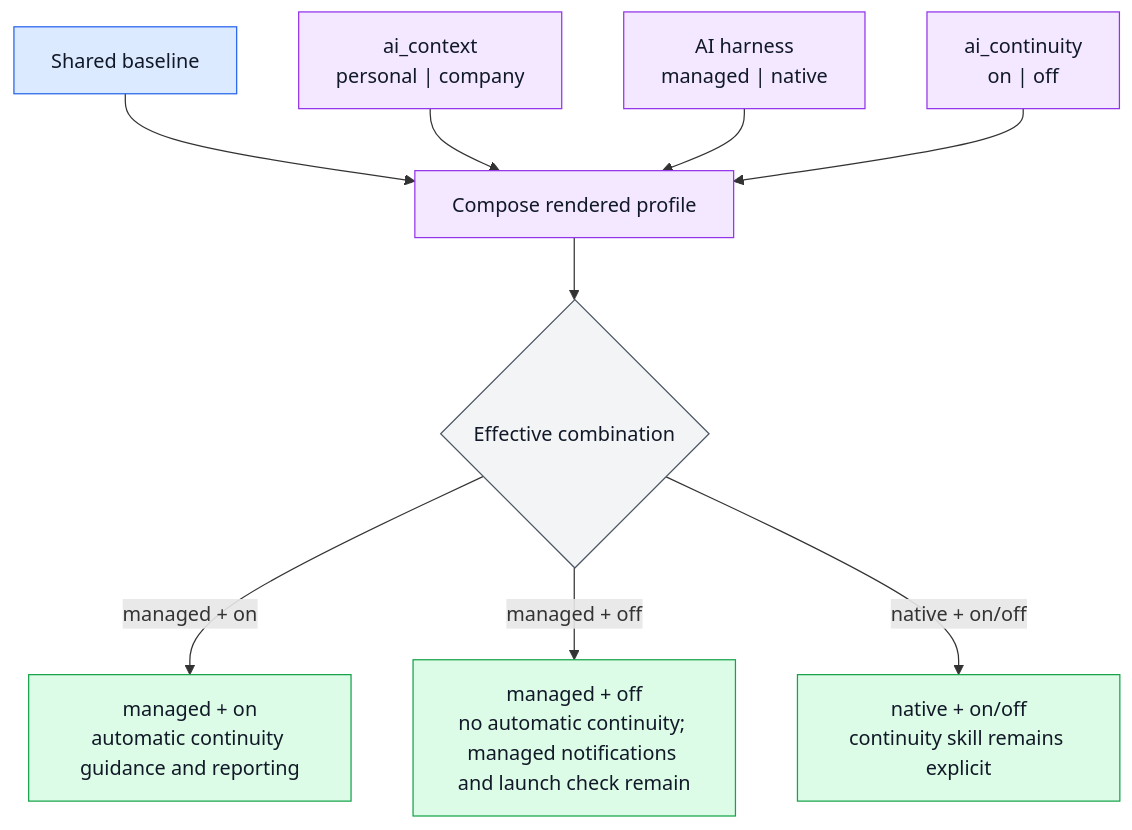
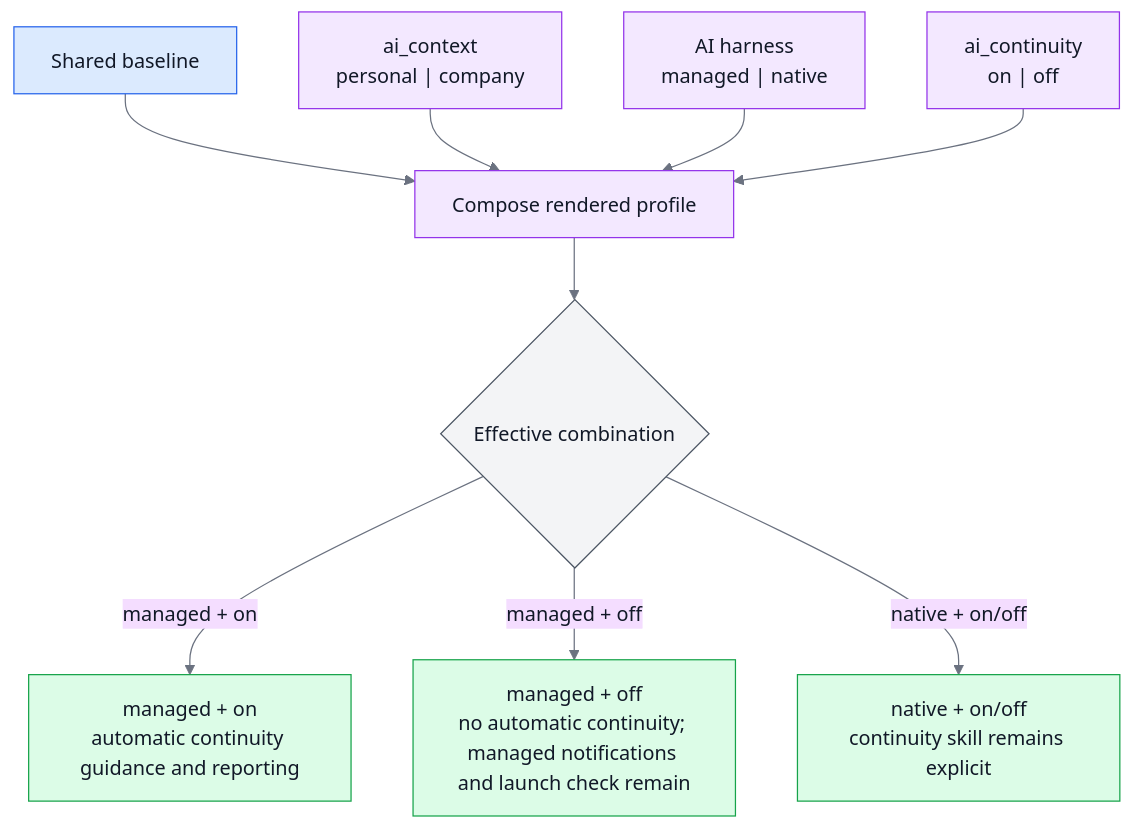
The second of 4 diagrams in README.md (sherrilla71940/personal-agentic-dev-environment), drawn with Mermaid before and after one commit. The commit also changed other lines of this file and 23 other files, not shown here.

````diff
--- a/README.md
+++ b/README.md
@@ -116,32 +115,42 @@
 ```mermaid
+%%{init: {"theme": "base", "themeVariables": {"primaryTextColor": "#111827", "nodeTextColor": "#111827", "textColor": "#111827", "lineColor": "#6b7280"}, "flowchart": {"useMaxWidth": true}}}%%
 flowchart TB
     baseline["Shared baseline"]:::base
     context["ai_context<br/>personal | company"]:::choice
     harness["AI harness<br/>managed | native"]:::choice
     continuity["ai_continuity<br/>on | off"]:::choice
     compose["Compose rendered profile"]:::process
     effective{"Effective combination"}:::check
     managedOn["managed + on<br/>automatic continuity guidance and reporting"]:::result
     managedOff["managed + off<br/>no automatic continuity; managed notifications and launch check remain"]:::result
     native["native + on/off<br/>continuity skill remains explicit"]:::result
 
     baseline --> compose
     context --> compose
     harness --> compose
     continuity --> compose
     compose --> effective
     effective -->|"managed + on"| managedOn
     effective -->|"managed + off"| managedOff
     effective -->|"native + on/off"| native
 
     classDef base fill:#dbeafe,stroke:#2563eb,color:#111827
     classDef choice fill:#f3e8ff,stroke:#9333ea,color:#111827
     classDef process fill:#f3e8ff,stroke:#9333ea,color:#111827
     classDef check fill:#f3f4f6,stroke:#4b5563,color:#111827
     classDef result fill:#dcfce7,stroke:#16a34a,color:#111827
     class baseline base
     class context,harness,continuity choice
     class compose process
     class effective check
     class managedOn,managedOff,native result
+    style baseline color:#111827
+    style context color:#111827
+    style harness color:#111827
+    style continuity color:#111827
+    style compose color:#111827
+    style effective color:#111827
+    style managedOn color:#111827
+    style managedOff color:#111827
+    style native color:#111827
 ```
````
